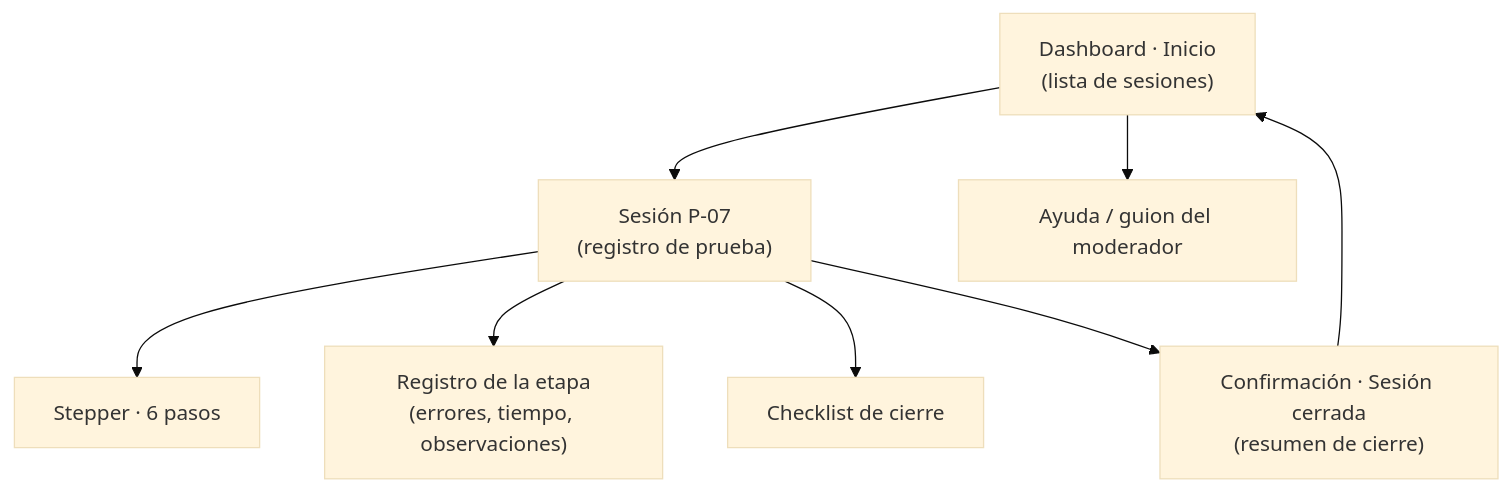
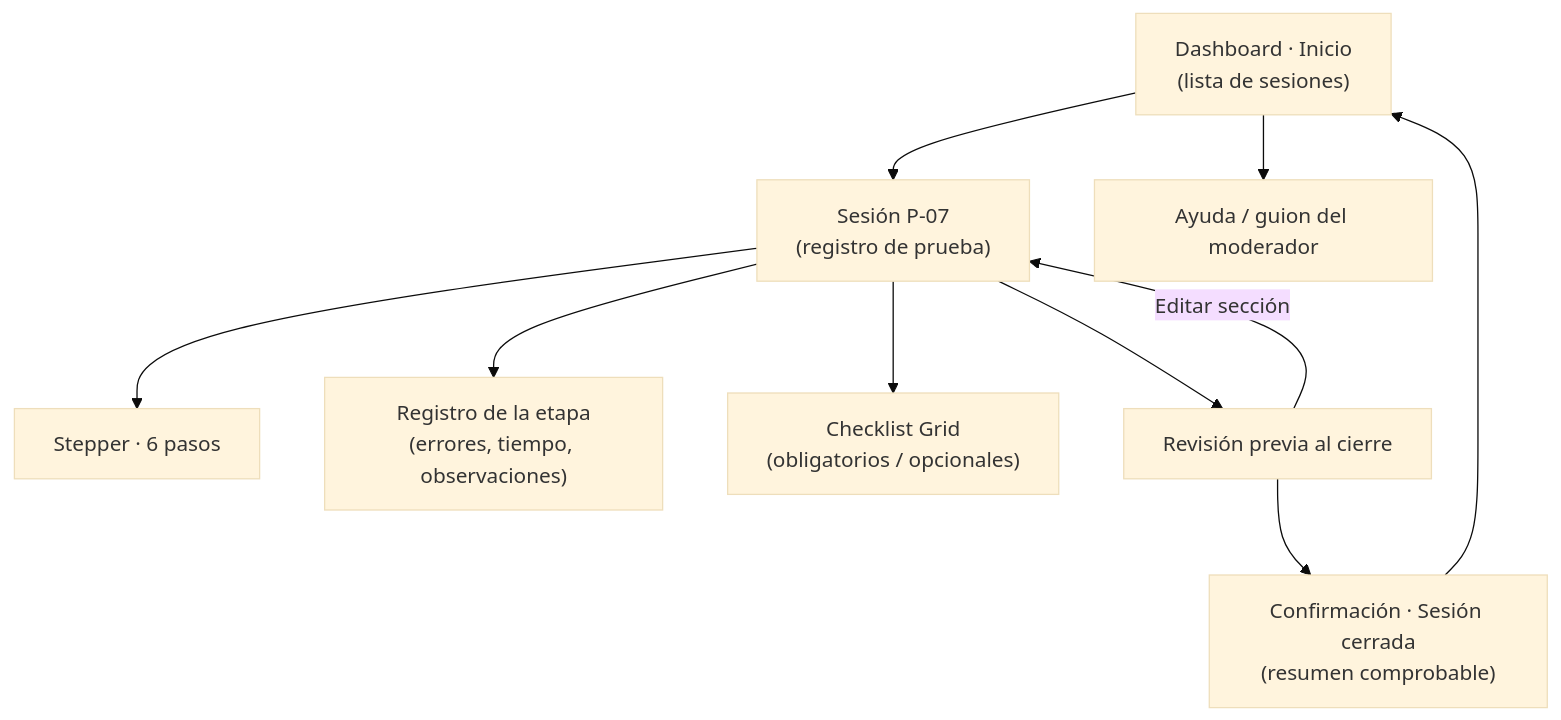
One commit to SalyC15/PruebaPracticaIHC changed the diagram in diagramas/sitemap.md. Above: the diagram before and after it, drawn with Mermaid (base theme). The commit also changed other lines of this file and 16 other files, not shown here.

````diff
--- a/diagramas/sitemap.md
+++ b/diagramas/sitemap.md
@@ -3,10 +3,12 @@
 ```mermaid
 flowchart TD
     A["Dashboard · Inicio<br/>(lista de sesiones)"] --> B["Sesión P-07<br/>(registro de prueba)"]
     A --> H["Ayuda / guion del moderador"]
     B --> B1["Stepper · 6 pasos"]
     B --> B2["Registro de la etapa<br/>(errores, tiempo, observaciones)"]
-    B --> B3["Checklist de cierre"]
-    B --> D["Confirmación · Sesión cerrada<br/>(resumen de cierre)"]
+    B --> B3["Checklist Grid<br/>(obligatorios / opcionales)"]
+    B --> C["Revisión previa al cierre"]
+    C -->|Editar sección| B
+    C --> D["Confirmación · Sesión cerrada<br/>(resumen comprobable)"]
     D --> A
 ```
````
